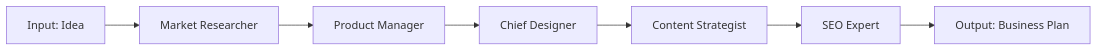
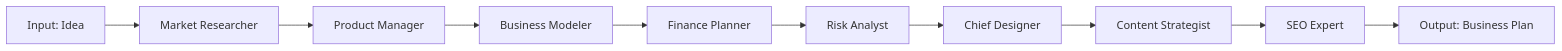
Before and after one commit to reedtang666/BizGenesis: the first of 2 diagrams in README.md, drawn with Mermaid. The commit also changed other lines of this file, not shown here.

````diff
--- a/README.md
+++ b/README.md
@@ -22,9 +25,12 @@
 ```mermaid
 flowchart LR
     A[Input: Idea] --> B[Market Researcher]
     B --> C[Product Manager]
-    C --> D[Chief Designer]
-    D --> E[Content Strategist]
-    E --> F[SEO Expert]
-    F --> G[Output: Business Plan]
+    C --> D[Business Modeler]
+    D --> E[Finance Planner]
+    E --> F[Risk Analyst]
+    F --> G[Chief Designer]
+    G --> H[Content Strategist]
+    H --> I[SEO Expert]
+    I --> J[Output: Business Plan]
 ```
````
